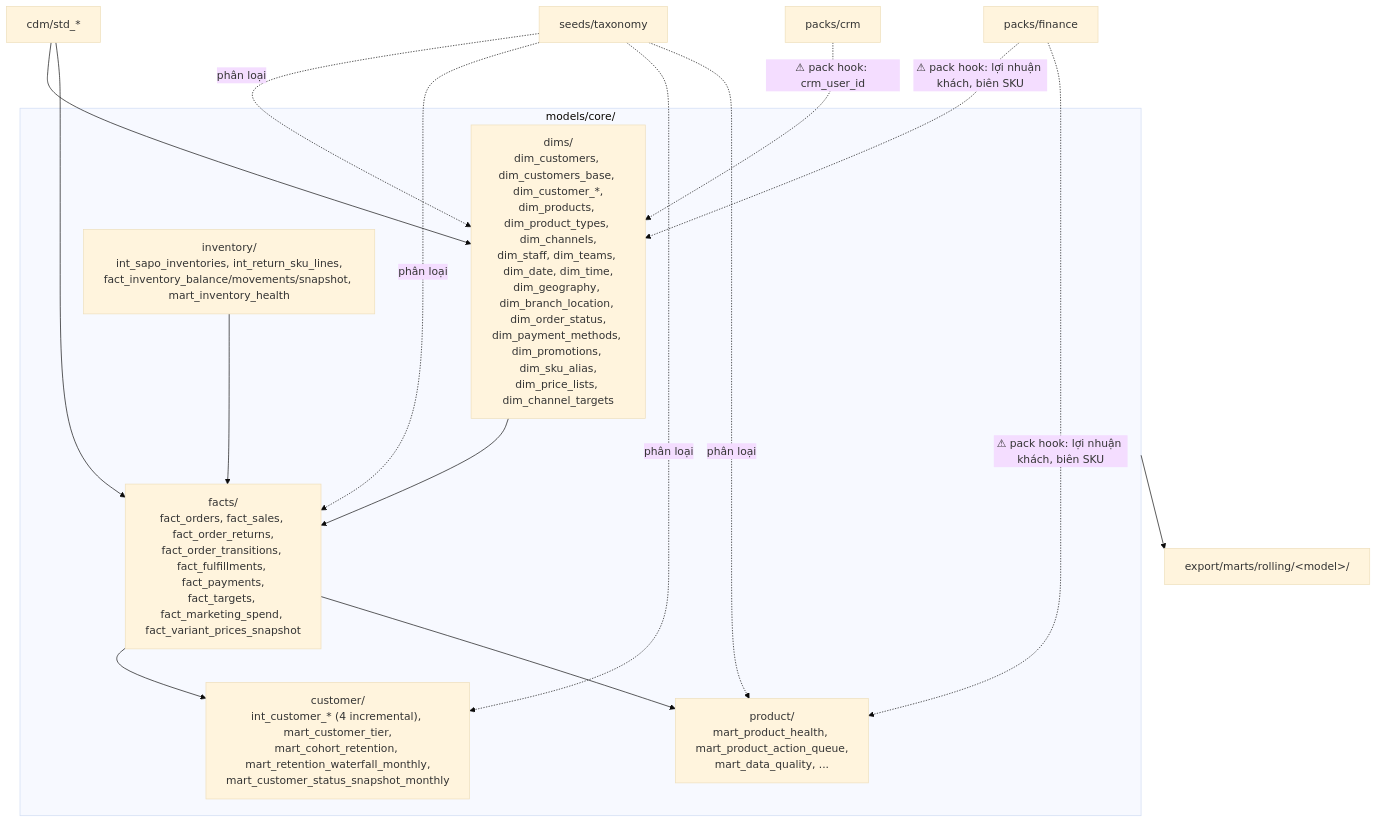
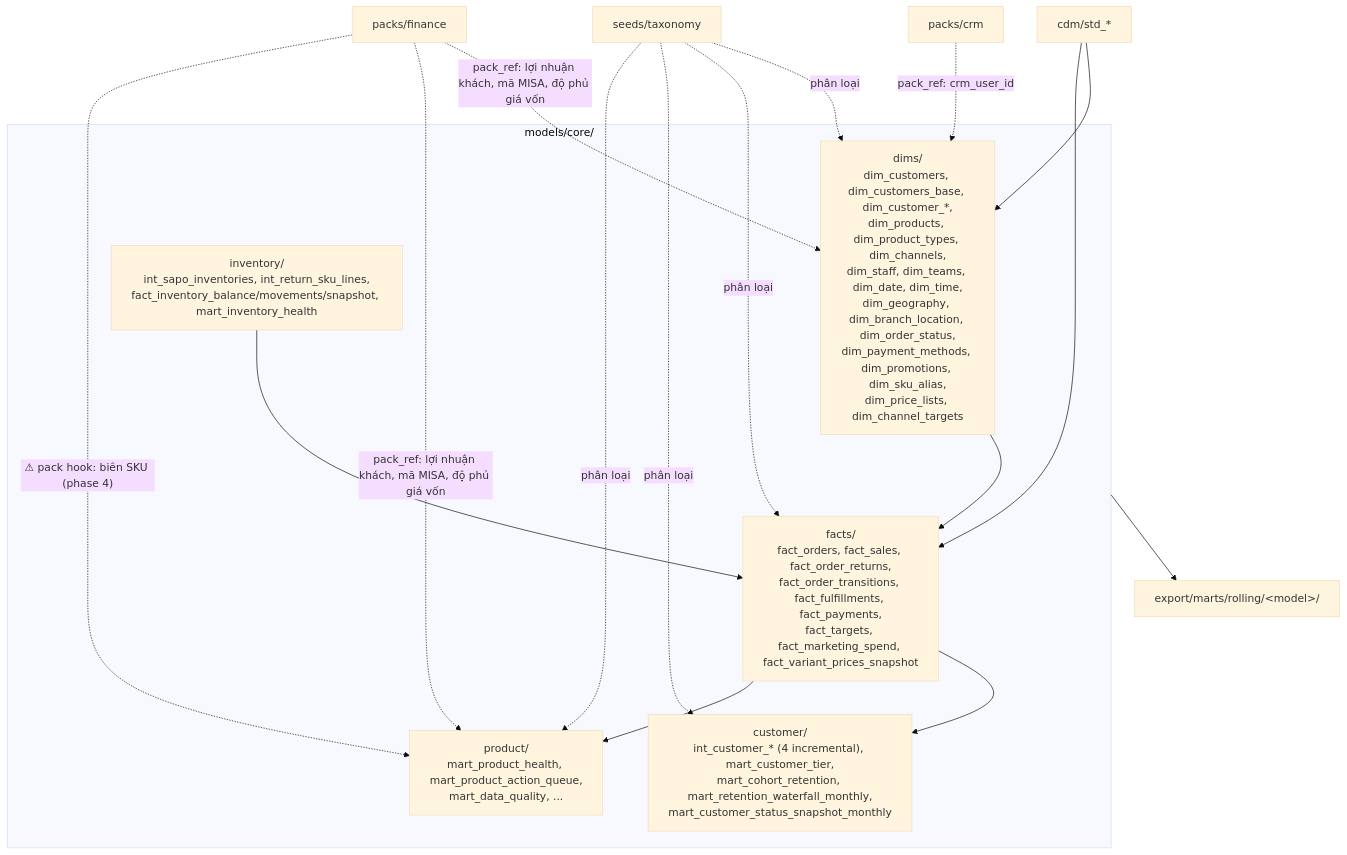
Before and after one commit to vantt/data-integration: the eighth of 14 diagrams in docs/architecture/modules.md, drawn with Mermaid (base theme). The commit also changed other lines of this file and 19 other files, not shown here.

First line of the commit message:
refactor(core): read finance and crm through pack_ref in four core models

````diff
--- a/docs/architecture/modules.md
+++ b/docs/architecture/modules.md
@@ -445,18 +447,19 @@
 ```mermaid
 flowchart TB
     CDM["cdm/std_*"] --> DIMS
     CDM --> FACTS
     subgraph CORE["models/core/"]
         DIMS["dims/<br/>dim_customers, dim_customers_base, dim_customer_*,<br/>dim_products, dim_product_types, dim_channels,<br/>dim_staff, dim_teams, dim_date, dim_time,<br/>dim_geography, dim_branch_location, dim_order_status,<br/>dim_payment_methods, dim_promotions, dim_sku_alias,<br/>dim_price_lists, dim_channel_targets"]
         FACTS["facts/<br/>fact_orders, fact_sales, fact_order_returns,<br/>fact_order_transitions, fact_fulfillments, fact_payments,<br/>fact_targets, fact_marketing_spend, fact_variant_prices_snapshot"]
         CUST["customer/<br/>int_customer_* (4 incremental), mart_customer_tier,<br/>mart_cohort_retention, mart_retention_waterfall_monthly,<br/>mart_customer_status_snapshot_monthly"]
         PROD["product/<br/>mart_product_health, mart_product_action_queue,<br/>mart_data_quality, ..."]
         INV["inventory/<br/>int_sapo_inventories, int_return_sku_lines,<br/>fact_inventory_balance/movements/snapshot, mart_inventory_health"]
     end
     DIMS --> FACTS --> CUST & PROD
     INV --> FACTS
     TAX["seeds/taxonomy"] -. "phân loại" .-> DIMS & FACTS & CUST & PROD
     CORE --> ROLL["export/marts/rolling/&lt;model&gt;/"]
-    FIN["packs/finance"] -. "⚠ pack hook: lợi nhuận khách, biên SKU" .-> DIMS & PROD
-    CRMP["packs/crm"] -. "⚠ pack hook: crm_user_id" .-> DIMS
+    FIN["packs/finance"] -. "pack_ref: lợi nhuận khách, mã MISA, độ phủ giá vốn" .-> DIMS & PROD
+    FIN -. "⚠ pack hook: biên SKU (phase 4)" .-> PROD
+    CRMP["packs/crm"] -. "pack_ref: crm_user_id" .-> DIMS
 ```
````
